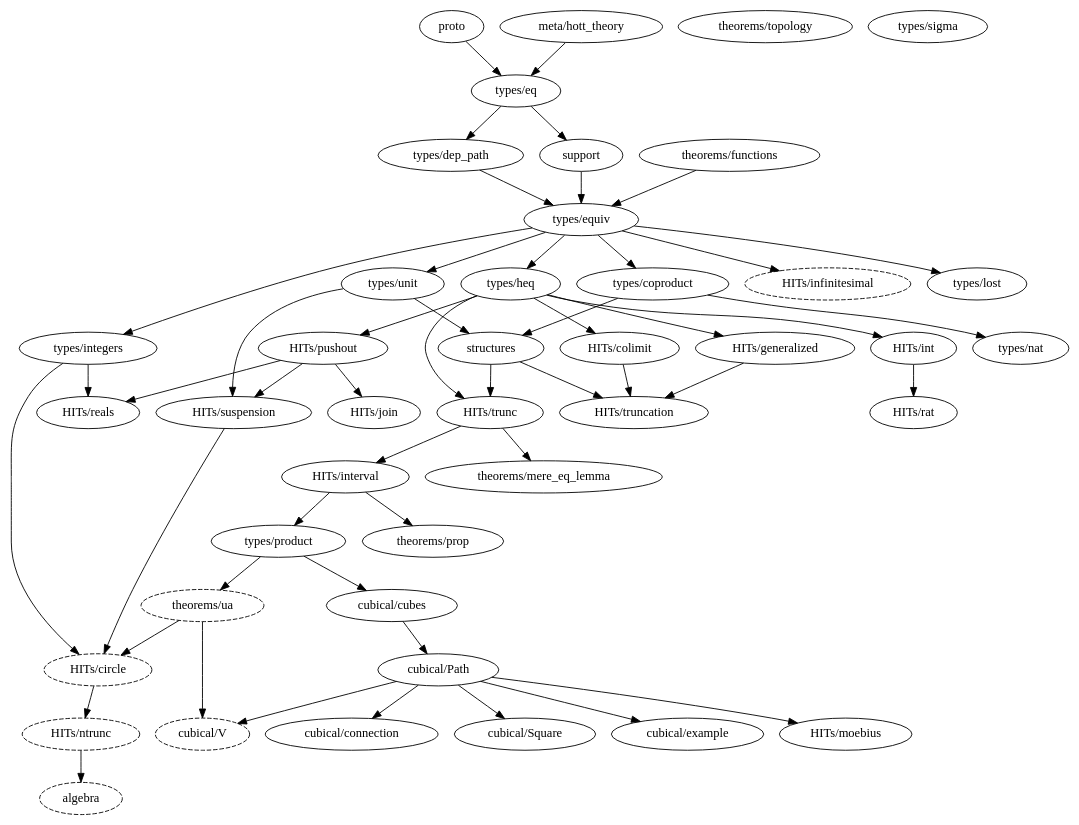
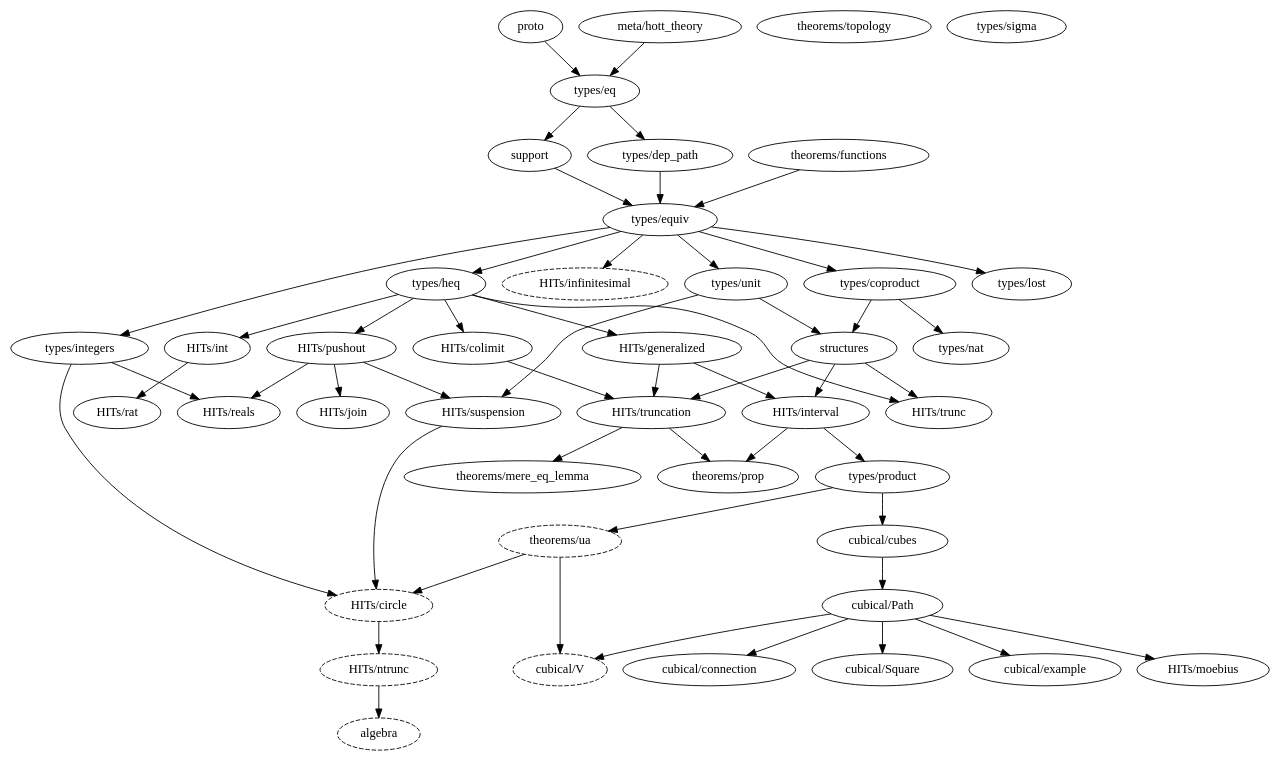
The diagram in dependency_map.gv (forked-from-1kasper/ground_zero), drawn with Graphviz before and after one commit. The commit also changed 12 other files, not shown here.

```diff
--- a/dependency_map.gv
+++ b/dependency_map.gv
@@ -1,91 +1,93 @@
 digraph dependency_map {
   proto -> "types/eq"
   "meta/hott_theory" -> "types/eq"
 
   algebra [style=dashed]
   "HITs/ntrunc" -> algebra
 
   "HITs/circle" [style=dashed]
   "types/integers" -> "HITs/circle"
   "HITs/suspension" -> "HITs/circle"
   "theorems/ua" -> "HITs/circle"
 
   "types/heq" -> "HITs/colimit"
 
   "types/heq" -> "HITs/generalized"
 
   "HITs/infinitesimal" [style=dashed]
   "types/equiv" -> "HITs/infinitesimal"
 
   "types/equiv" -> "types/coproduct"
   "types/eq" -> "types/dep_path"
 
   "cubical/Path" -> "cubical/connection"
   "types/product" -> "cubical/cubes"
   "cubical/cubes" -> "cubical/Path"
   "cubical/Path" -> "cubical/Square"
   "cubical/Path" -> "cubical/example"
 
   "cubical/V" [style=dashed]
   "theorems/ua" -> "cubical/V"
   "cubical/Path" -> "cubical/V"
 
   "types/equiv" -> "types/heq"
   "types/equiv" -> "types/integers"
 
   "types/dep_path" -> "types/equiv"
   support -> "types/equiv"
   "theorems/functions" -> "types/equiv"
 
   "types/heq" -> "HITs/int"
 
-  "HITs/trunc" -> "HITs/interval"
+  "structures" -> "HITs/interval"
+  "HITs/generalized" -> "HITs/interval"
 
   "HITs/pushout" -> "HITs/join"
 
   "cubical/Path" -> "HITs/moebius"
 
-  "HITs/trunc" -> "theorems/mere_eq_lemma"
+  "HITs/truncation" -> "theorems/mere_eq_lemma"
 
   "theorems/topology"
 
   "HITs/ntrunc" [style=dashed]
   "HITs/circle" -> "HITs/ntrunc"
 
   "HITs/interval" -> "types/product"
 
   "HITs/interval" -> "theorems/prop"
+  "HITs/truncation" -> "theorems/prop"
 
   "types/heq" -> "HITs/pushout"
 
   "HITs/int" -> "HITs/rat"
 
   "HITs/pushout" -> "HITs/reals"
   "types/integers" -> "HITs/reals"
 
   "types/unit" -> structures
   "types/coproduct" -> structures
 
   "types/eq" -> support
 
   "HITs/pushout" -> "HITs/suspension"
   "types/unit" -> "HITs/suspension"
 
   structures -> "HITs/trunc"
   "types/heq" -> "HITs/trunc"
 
   structures -> "HITs/truncation"
   "HITs/colimit" -> "HITs/truncation"
   "HITs/generalized" -> "HITs/truncation"
 
   "theorems/ua" [style=dashed]
   "types/product" -> "theorems/ua"
 
   "types/equiv" -> "types/unit"
 
   "types/coproduct" -> "types/nat"
 
   "types/equiv" -> "types/lost"
 
   "types/sigma"
 }
```
